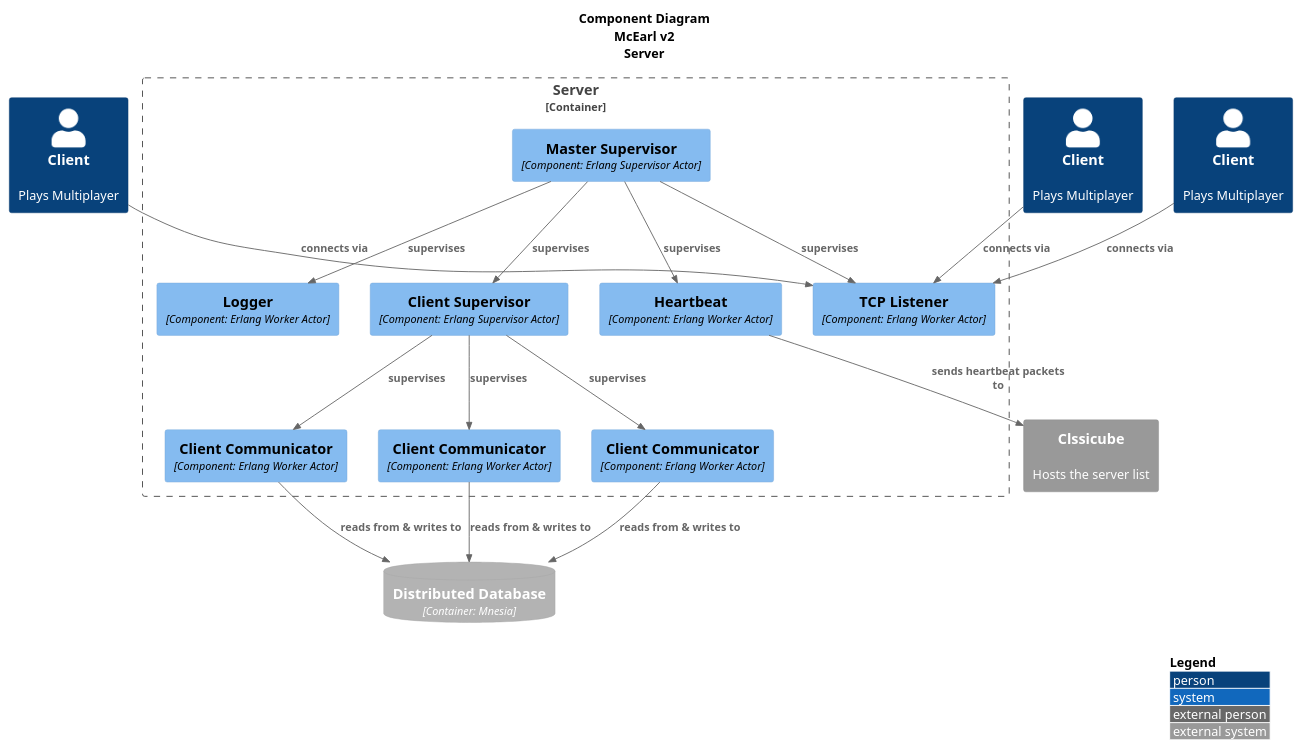
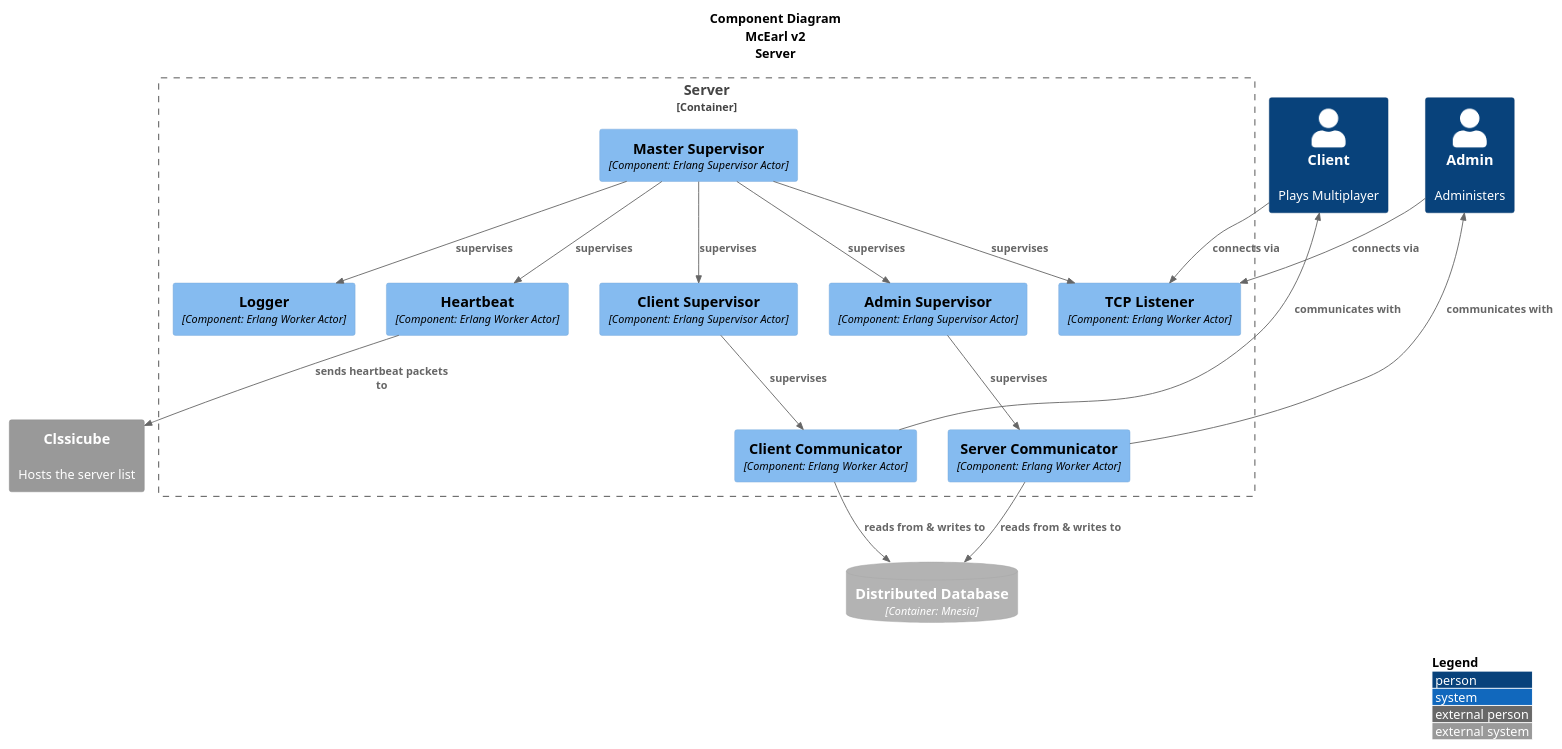
The diagram in dox/diagrams/c3-server-v1.puml (OT7EtoYoshimura/mcearl), drawn with PlantUML before and after one commit. The commit also changed 2 other files, not shown here.

Commit message:
Update diagrams

```diff
--- a/dox/diagrams/c3-server-v1.puml
+++ b/dox/diagrams/c3-server-v1.puml
@@ -1,45 +1,43 @@
 @startuml server-v1
 
 !include https://raw.githubusercontent.com/plantuml-stdlib/C4-PlantUML/master/C4_Container.puml
 !include https://raw.githubusercontent.com/plantuml-stdlib/C4-PlantUML/master/C4_Component.puml
 !include https://raw.githubusercontent.com/plantuml-stdlib/C4-PlantUML/master/C4_Context.puml
 
 title Component Diagram\nMcEarl v2\nServer
 AddRelTag("dashed", $lineStyle = DashedLine())
 
-
-Person(client1, "Client", "Plays Multiplayer")
-Person(client2, "Client", "Plays Multiplayer")
-Person(client3, "Client", "Plays Multiplayer")
+Person(client, "Client", "Plays Multiplayer")
+Person(admin, "Admin", "Administers")
 
 Container_Boundary(boundary, "Server") {
 	Component(masterSup, "Master Supervisor", "Component: Erlang Supervisor Actor")
 	Component(logger, "Logger", "Component: Erlang Worker Actor")
 	Component(listen, "TCP Listener", "Component: Erlang Worker Actor")
 	Component(heartbeat, "Heartbeat", "Component: Erlang Worker Actor")
 	Component(clientSup, "Client Supervisor", "Component: Erlang Supervisor Actor")
-	Component(client1Comp, "Client Communicator", "Component: Erlang Worker Actor")
-	Component(client2Comp, "Client Communicator", "Component: Erlang Worker Actor")
-	Component(client3Comp, "Client Communicator", "Component: Erlang Worker Actor")
+	Component(clientComp, "Client Communicator", "Component: Erlang Worker Actor")
+	Component(adminSup, "Admin Supervisor", "Component: Erlang Supervisor Actor")
+	Component(adminComp, "Server Communicator", "Component: Erlang Worker Actor")
 }
 
 System_Ext(classicube, "Clssicube", "Hosts the server list")
 ContainerDb_Ext(db, "Distributed Database", "Container: Mnesia")
 
-Rel(client1, listen, "connects via")
-Rel(client2, listen, "connects via")
-Rel(client3, listen, "connects via")
+Rel_D(client, listen, "connects via")
+Rel_D(admin, listen, "connects via")
 Rel(heartbeat, classicube, "sends heartbeat packets to")
 Rel(masterSup, logger, "supervises")
 Rel(masterSup, clientSup, "supervises")
+Rel(masterSup, adminSup, "supervises")
 Rel(masterSup, listen, "supervises")
 Rel(masterSup, heartbeat, "supervises")
-Rel(clientSup, client1Comp, "supervises")
-Rel(clientSup, client2Comp, "supervises")
-Rel(clientSup, client3Comp, "supervises")
-Rel(client1Comp, db, "reads from & writes to")
-Rel(client2Comp, db, "reads from & writes to")
-Rel(client3Comp, db, "reads from & writes to")
+Rel(clientSup, clientComp, "supervises")
+Rel(clientComp, db, "reads from & writes to")
+Rel_U(clientComp, client, "communicates with")
+Rel(adminSup, adminComp, "supervises")
+Rel_U(adminComp, admin, "communicates with")
+Rel(adminComp, db, "reads from & writes to")
 
 LAYOUT_WITH_LEGEND()
 @enduml
```
